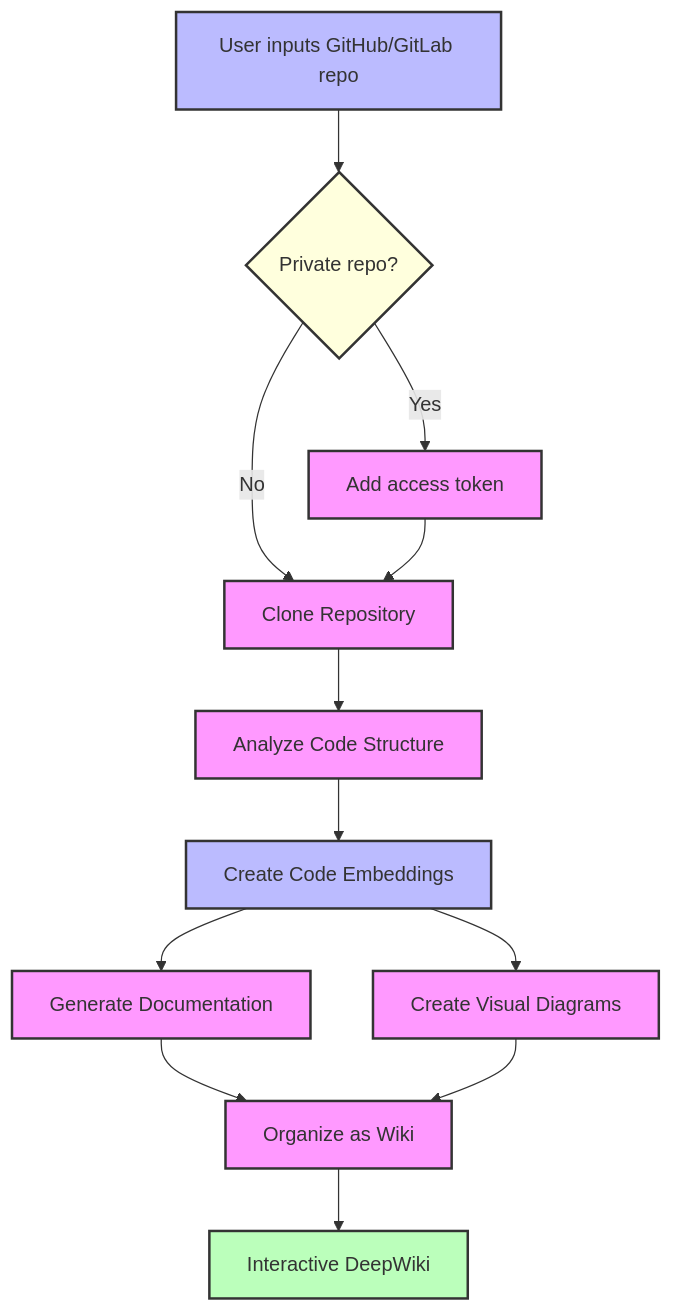
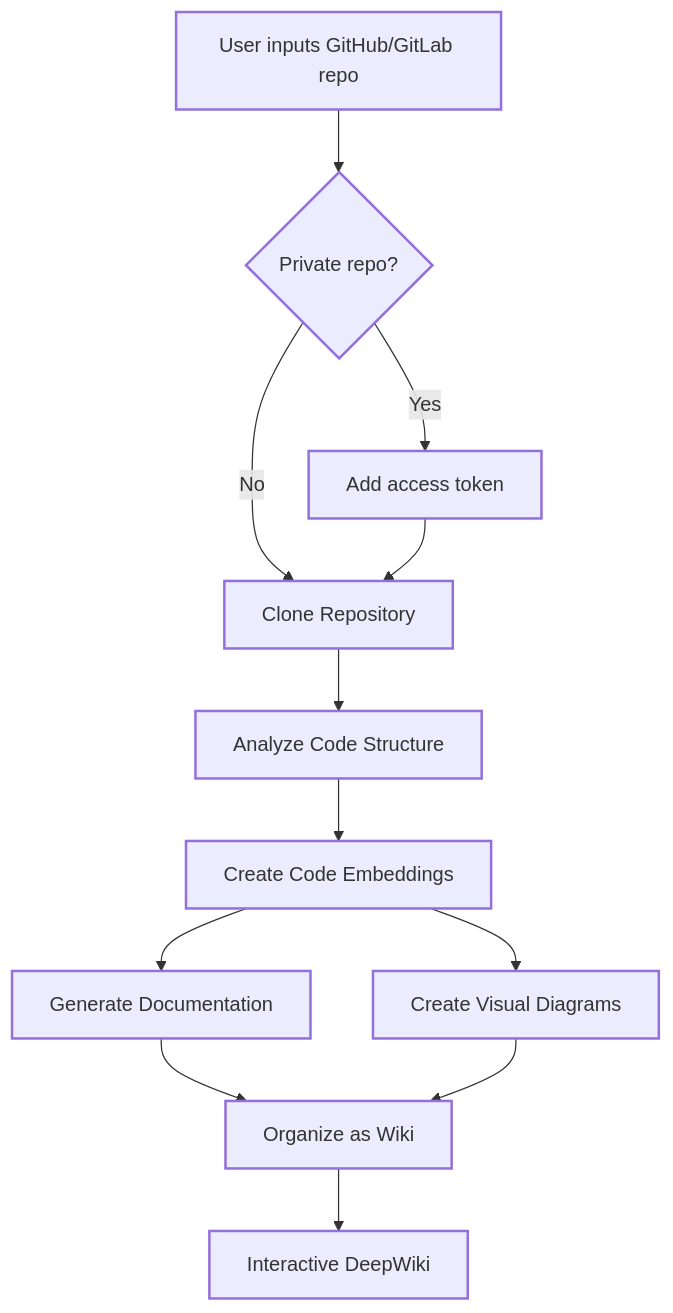
The diagram in README.md (zhlhaohao/deepwiki-open), drawn with Mermaid before and after one commit. The commit also changed 3 other files, not shown here.

Commit message:
BugFix: Docker Compose env fix, improved diagram visual.

````diff
--- a/README.md
+++ b/README.md
@@ -93,24 +93,24 @@
 ```mermaid
 graph TD
     A[User inputs GitHub/GitLab repo] --> AA{Private repo?}
     AA -->|Yes| AB[Add access token]
     AA -->|No| B[Clone Repository]
     AB --> B
     B --> C[Analyze Code Structure]
     C --> D[Create Code Embeddings]
     D --> E[Generate Documentation]
     D --> F[Create Visual Diagrams]
     E --> G[Organize as Wiki]
     F --> G
     G --> H[Interactive DeepWiki]
 
-    classDef process fill:#f9f,stroke:#333,stroke-width:2px;
-    classDef data fill:#bbf,stroke:#333,stroke-width:2px;
-    classDef result fill:#bfb,stroke:#333,stroke-width:2px;
-    classDef decision fill:#ffd,stroke:#333,stroke-width:2px;
+    classDef process stroke-width:2px;
+    classDef data stroke-width:2px;
+    classDef result stroke-width:2px;
+    classDef decision stroke-width:2px;
 
     class A,D data;
     class AA decision;
     class B,C,E,F,G,AB process;
     class H result;
 ```
````
